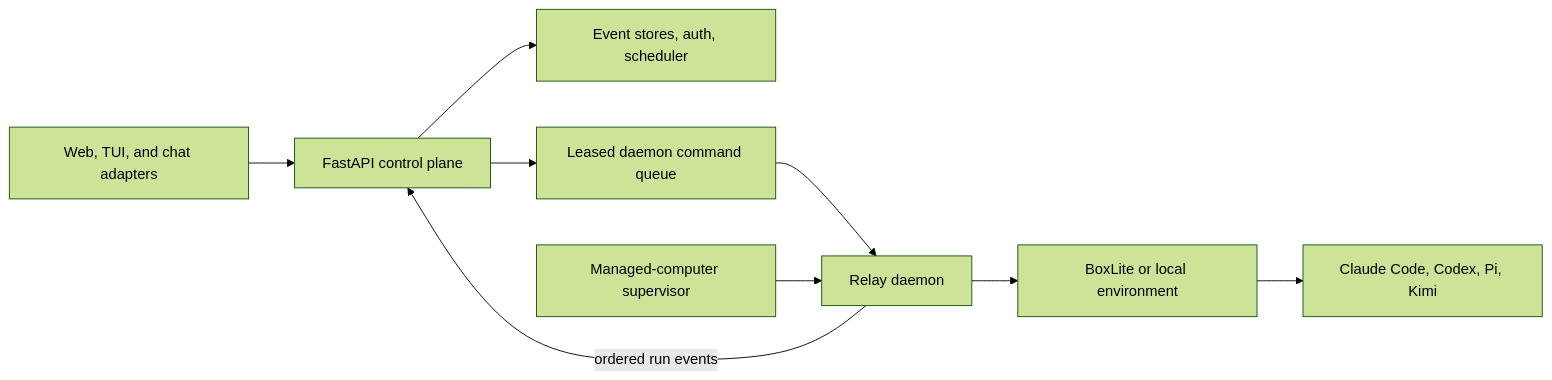
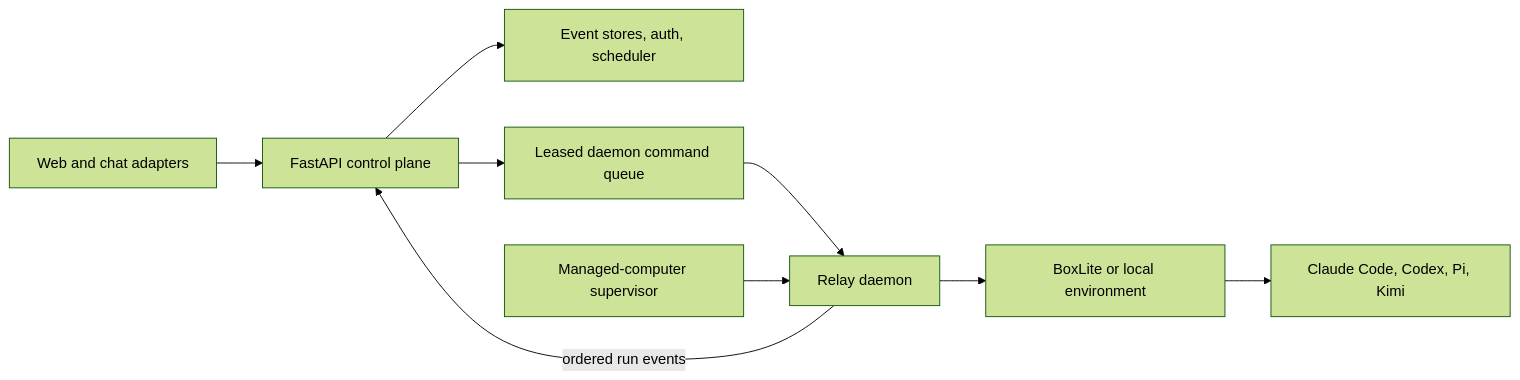
One commit to droxer/Orchestrix changed the diagram in README.md. Above: the diagram before and after it, drawn with Mermaid (forest theme). The commit also changed other lines of this file and 34 other files, not shown here.

````diff
--- a/README.md
+++ b/README.md
@@ -109,11 +108,11 @@
 ```mermaid
 flowchart LR
-    Clients["Web, TUI, and chat adapters"] --> API["FastAPI control plane"]
+    Clients["Web and chat adapters"] --> API["FastAPI control plane"]
     API --> State["Event stores, auth, scheduler"]
     API --> Queue["Leased daemon command queue"]
     Queue --> Daemon["Relay daemon"]
     Daemon --> Runtime["BoxLite or local environment"]
     Runtime --> CLIs["Claude Code, Codex, Pi, Kimi"]
     Daemon -->|"ordered run events"| API
     Supervisor["Managed-computer supervisor"] --> Daemon
 ```
````
